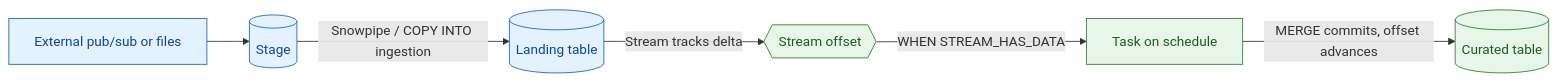
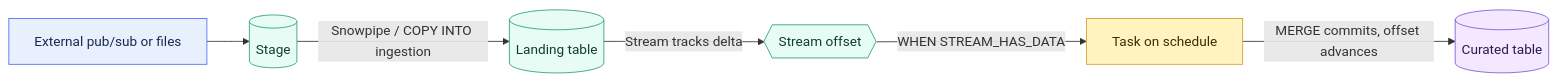
One commit to shonningsoy/Upskill changed the diagram in 01 Snowflake/04 Data Engineering/20 Streams and Tasks.md. Above: the diagram before and after it, drawn with Mermaid. The commit also changed other lines of this file and 14 other files, not shown here.

````diff
--- a/01 Snowflake/04 Data Engineering/20 Streams and Tasks.md
+++ b/01 Snowflake/04 Data Engineering/20 Streams and Tasks.md
@@ -79,13 +82,18 @@
 ```mermaid
 flowchart LR
     PS[External pub/sub or files] --> STG[(Stage)]
     STG -->|Snowpipe / COPY INTO ingestion| LND[(Landing table)]
     LND -->|Stream tracks delta| STR{{Stream offset}}
     STR -->|WHEN STREAM_HAS_DATA| TSK[Task on schedule]
     TSK -->|MERGE commits, offset advances| CUR[(Curated table)]
 
-    classDef ingest fill:#e3f2fd,stroke:#1565c0,color:#0d47a1;
-    classDef st fill:#e8f5e9,stroke:#2e7d32,color:#1b5e20;
-    class PS,STG,LND ingest;
-    class STR,TSK,CUR st;
+    classDef input fill:#E8F0FE,stroke:#4C6EF5,color:#172B4D
+    classDef control fill:#FFF3BF,stroke:#D69E2E,color:#3D2E00
+    classDef snowflake fill:#E6FCF5,stroke:#2F9E7B,color:#123C34
+    classDef platform fill:#F1F3F5,stroke:#868E96,color:#212529
+    classDef output fill:#F3E8FF,stroke:#805AD5,color:#2D1B4E
+    class PS input
+    class STG,LND,STR snowflake
+    class TSK control
+    class CUR output
 ```
````
